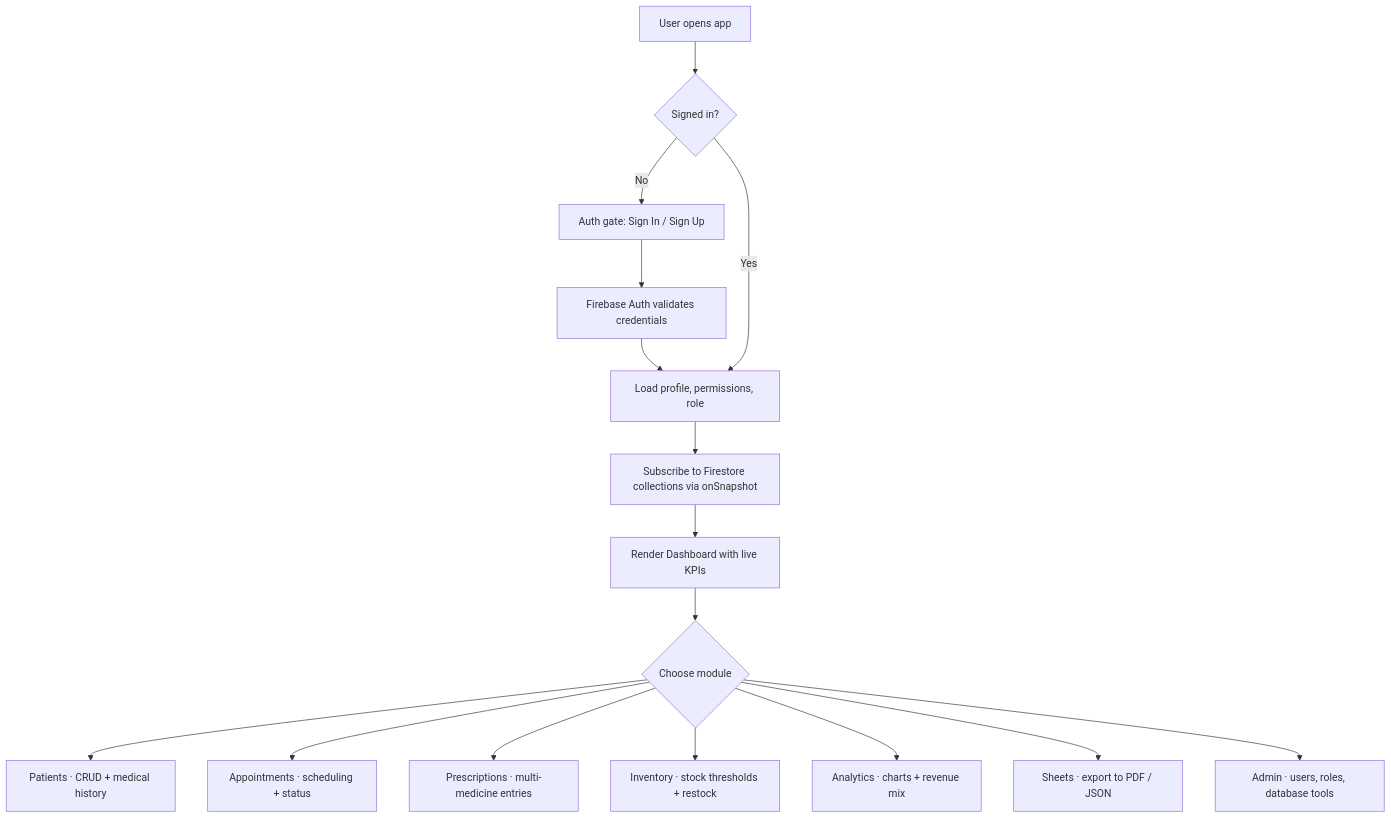
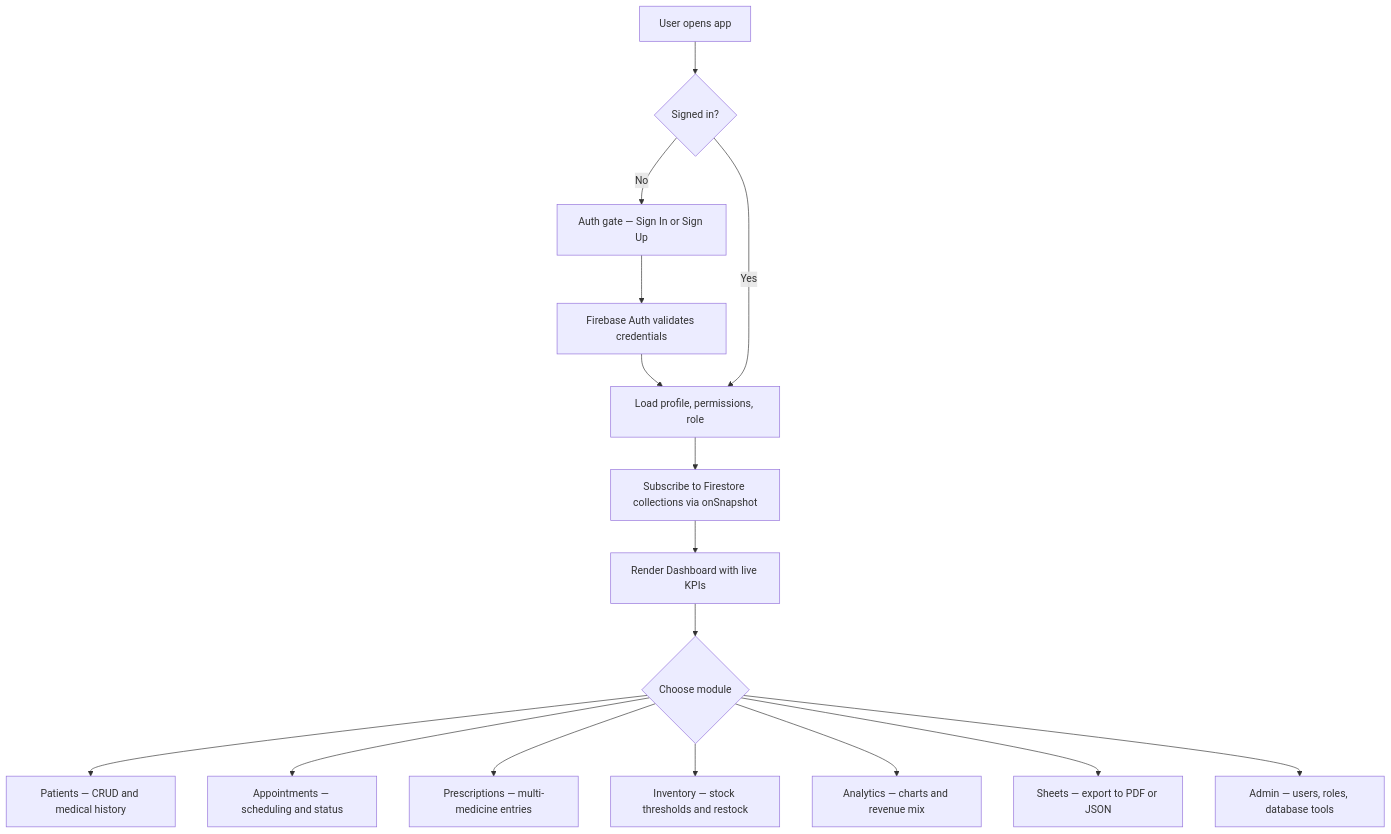
Before and after one commit to jawar001/med-manager: the first of 2 diagrams in README.md, drawn with Mermaid. The commit also changed other lines of this file, not shown here.

Commit message:
docs: fix mermaid diagrams to render on GitHub
Colons inside node labels broke the mermaid parser. Quote all node labels
and replace reserved punctuation so both Visual Flow and Architecture
diagrams render correctly.

````diff
--- a/README.md
+++ b/README.md
@@ -73,18 +73,18 @@
 ```mermaid
 flowchart TD
-    A[User opens app] --> B{Signed in?}
-    B -- No --> C[Auth gate: Sign In / Sign Up]
-    C --> D[Firebase Auth validates credentials]
-    D --> E[Load profile, permissions, role]
+    A["User opens app"] --> B{"Signed in?"}
+    B -- No --> C["Auth gate — Sign In or Sign Up"]
+    C --> D["Firebase Auth validates credentials"]
+    D --> E["Load profile, permissions, role"]
     B -- Yes --> E
-    E --> F[Subscribe to Firestore collections via onSnapshot]
-    F --> G[Render Dashboard with live KPIs]
-    G --> H{Choose module}
-    H --> I[Patients · CRUD + medical history]
-    H --> J[Appointments · scheduling + status]
-    H --> K[Prescriptions · multi-medicine entries]
-    H --> L[Inventory · stock thresholds + restock]
-    H --> M[Analytics · charts + revenue mix]
-    H --> N[Sheets · export to PDF / JSON]
-    H --> O[Admin · users, roles, database tools]
+    E --> F["Subscribe to Firestore collections via onSnapshot"]
+    F --> G["Render Dashboard with live KPIs"]
+    G --> H{"Choose module"}
+    H --> I["Patients — CRUD and medical history"]
+    H --> J["Appointments — scheduling and status"]
+    H --> K["Prescriptions — multi-medicine entries"]
+    H --> L["Inventory — stock thresholds and restock"]
+    H --> M["Analytics — charts and revenue mix"]
+    H --> N["Sheets — export to PDF or JSON"]
+    H --> O["Admin — users, roles, database tools"]
 ```
````
